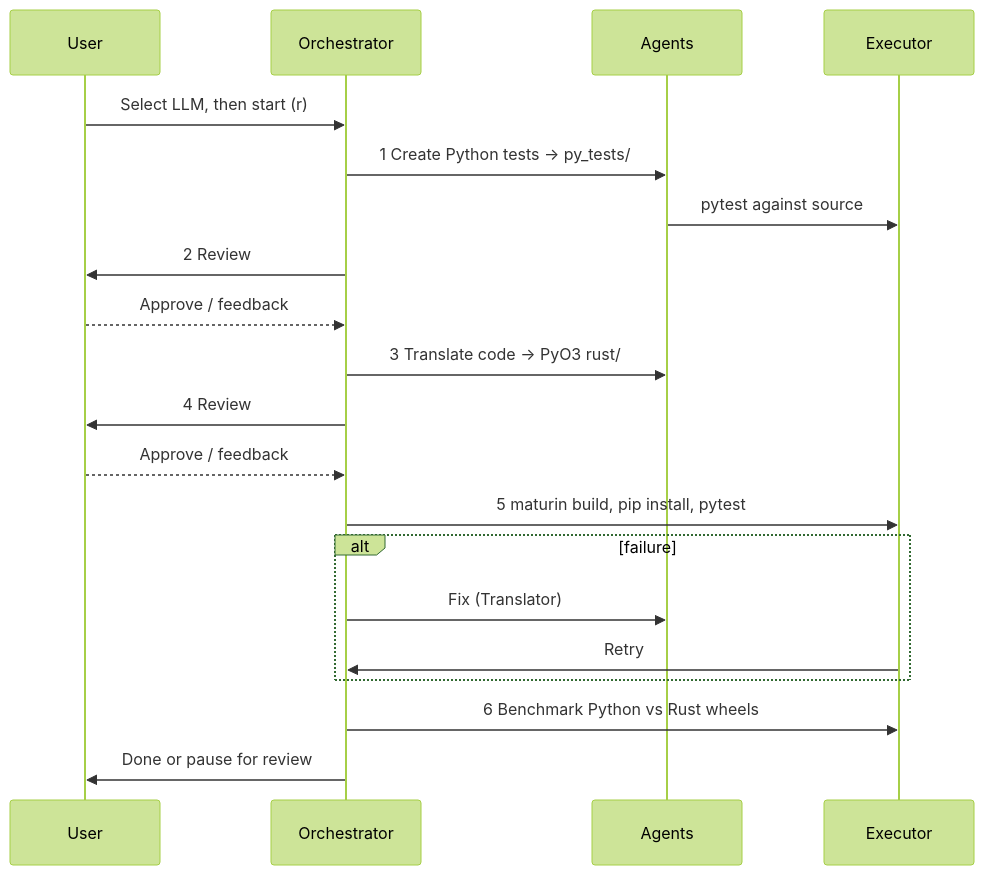
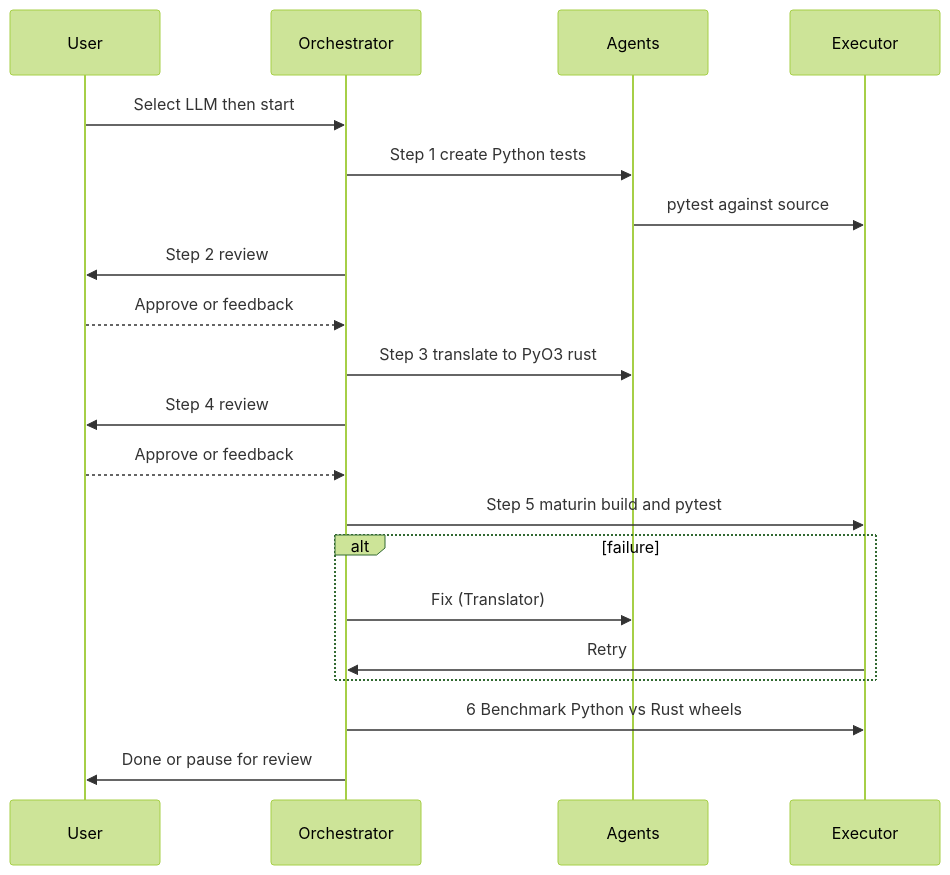
The third of 11 diagrams in README.md (Haaparanta/AaltoAI-Ai-For-Good), drawn with Mermaid (forest theme) before and after one commit. The commit also changed other lines of this file and 4 other files, not shown here.

````diff
--- a/README.md
+++ b/README.md
@@ -73,23 +73,23 @@
 ```mermaid
 sequenceDiagram
     participant U as User
     participant O as Orchestrator
     participant A as Agents
     participant E as Executor
 
-    U->>O: Select LLM, then start (r)
-    O->>A: 1 Create Python tests → py_tests/
+    U->>O: Select LLM then start
+    O->>A: Step 1 create Python tests
     A->>E: pytest against source
-    O->>U: 2 Review
-    U-->>O: Approve / feedback
-    O->>A: 3 Translate code → PyO3 rust/
-    O->>U: 4 Review
-    U-->>O: Approve / feedback
-    O->>E: 5 maturin build, pip install, pytest
+    O->>U: Step 2 review
+    U-->>O: Approve or feedback
+    O->>A: Step 3 translate to PyO3 rust
+    O->>U: Step 4 review
+    U-->>O: Approve or feedback
+    O->>E: Step 5 maturin build and pytest
     alt failure
         O->>A: Fix (Translator)
         E->>O: Retry
     end
     O->>E: 6 Benchmark Python vs Rust wheels
     O->>U: Done or pause for review
 ```
````
